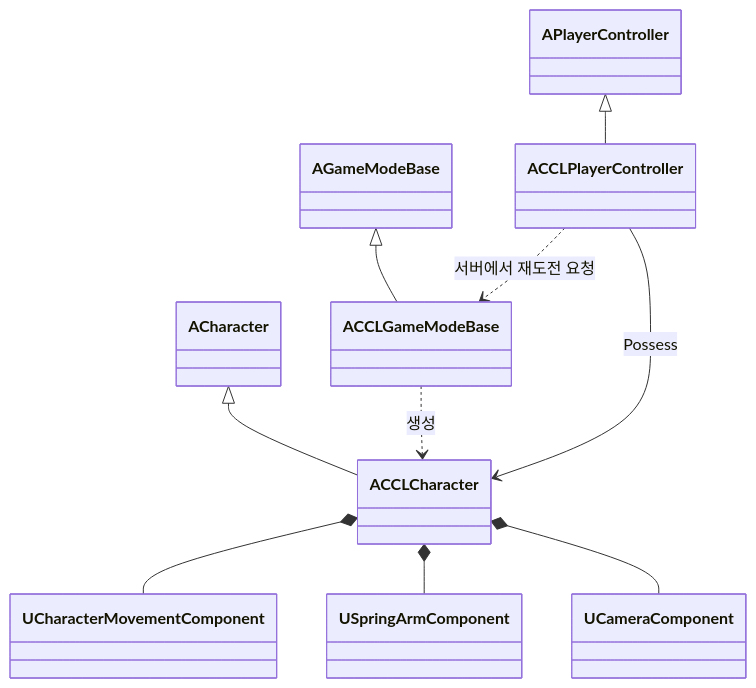
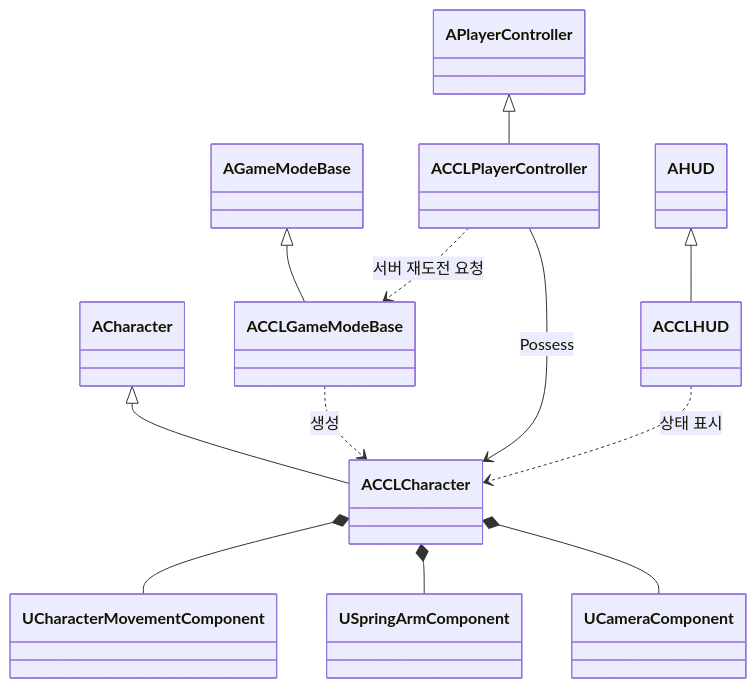
One commit to kang-sihwon/ccl8 changed the diagram in Docs/MultiplayerFoundation.md. Above: the diagram before and after it, drawn with Mermaid. The commit also changed other lines of this file and 6 other files, not shown here.

````diff
--- a/Docs/MultiplayerFoundation.md
+++ b/Docs/MultiplayerFoundation.md
@@ -36,12 +30,14 @@
 ```mermaid
 classDiagram
     AGameModeBase <|-- ACCLGameModeBase
     APlayerController <|-- ACCLPlayerController
     ACharacter <|-- ACCLCharacter
+    AHUD <|-- ACCLHUD
     ACCLGameModeBase ..> ACCLCharacter : 생성
     ACCLPlayerController --> ACCLCharacter : Possess
-    ACCLPlayerController ..> ACCLGameModeBase : 서버에서 재도전 요청
+    ACCLPlayerController ..> ACCLGameModeBase : 서버 재도전 요청
+    ACCLHUD ..> ACCLCharacter : 상태 표시
     ACCLCharacter *-- UCharacterMovementComponent
     ACCLCharacter *-- USpringArmComponent
     ACCLCharacter *-- UCameraComponent
 ```
````
